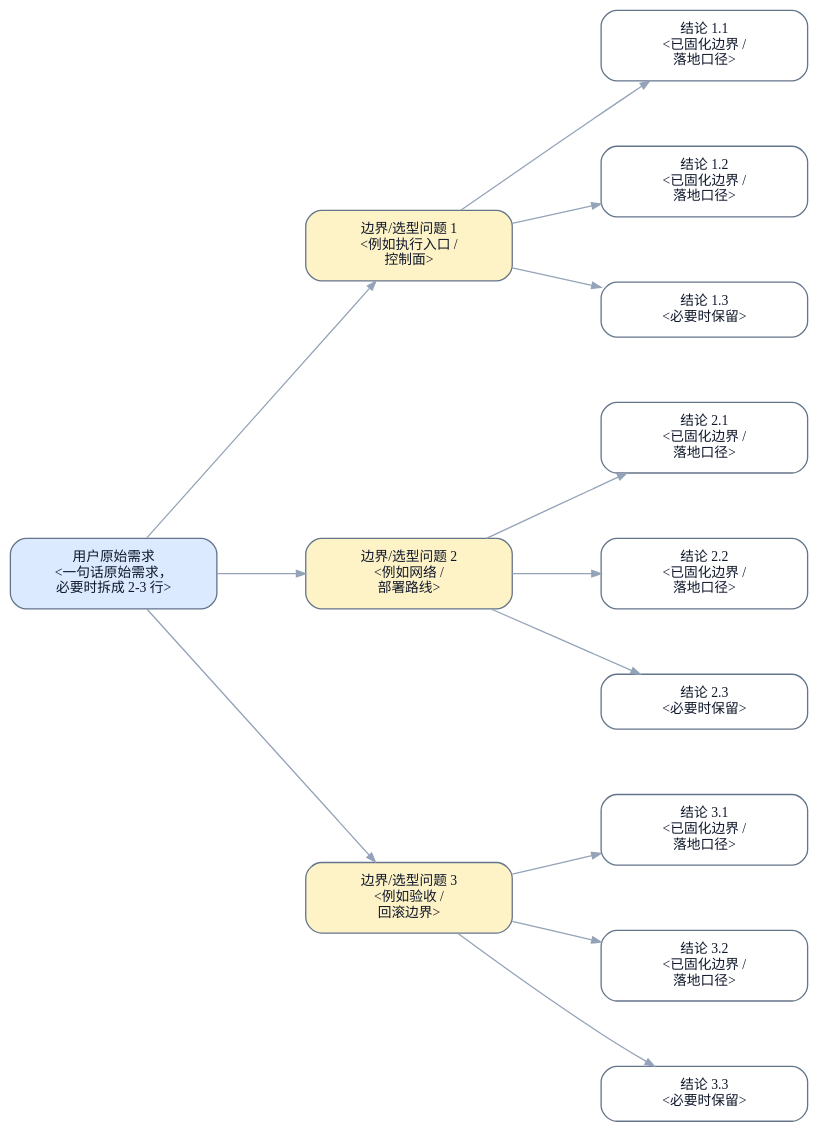
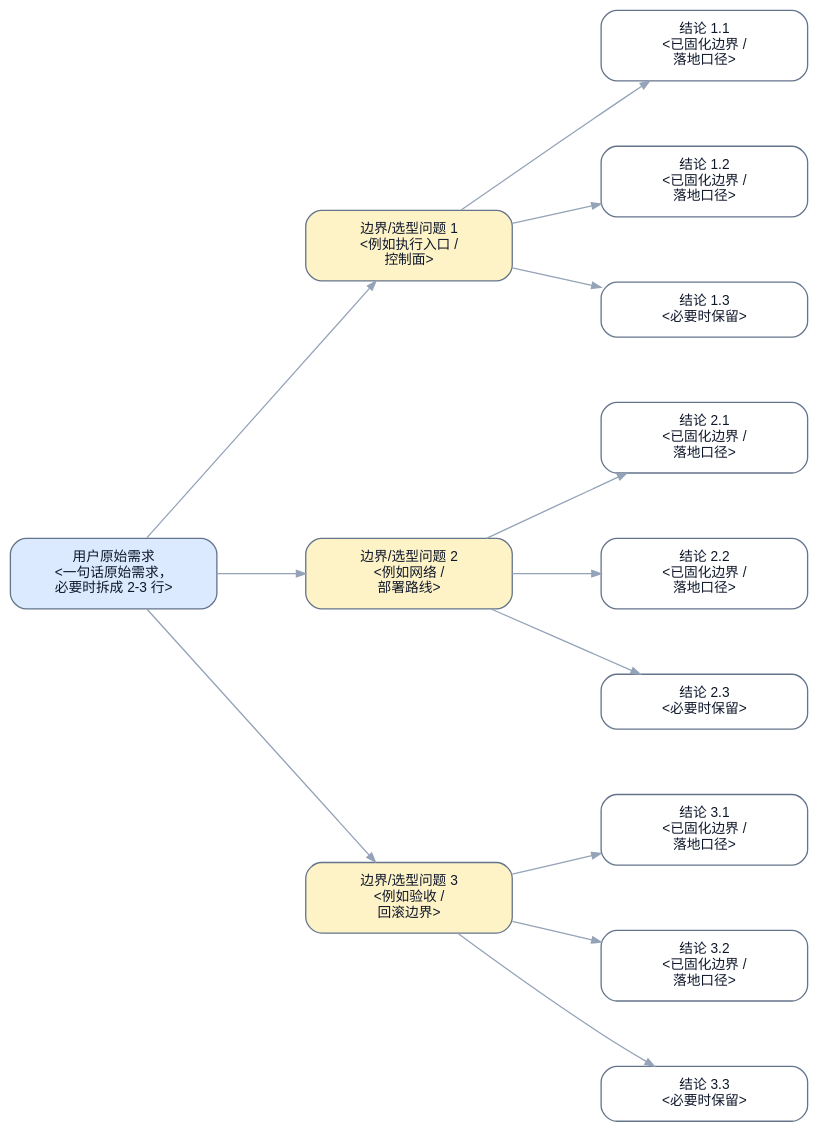
Before and after one commit to terencefan/inority-workspace: the third of 3 diagrams in skills/runbook/references/assets/authority-runbook-template.md, drawn with Graphviz. The commit also changed other lines of this file and 15 other files, not shown here.

````diff
--- a/skills/runbook/references/assets/authority-runbook-template.md
+++ b/skills/runbook/references/assets/authority-runbook-template.md
@@ -87,38 +87,38 @@
 ```dot
 digraph runbook_mindmap {
-  graph [rankdir=LR, bgcolor="transparent", pad="0.45", nodesep="0.7", ranksep="0.95"];
-  node [shape=box, style="rounded,filled", margin="0.18,0.12", width="2.2", fontsize=10.5, color="#64748b", fontcolor="#0f172a", fillcolor="#f8fafc"];
-  edge [color="#94a3b8", fontcolor="#94a3b8", arrowsize="0.7"];
+  graph [rankdir=LR, bgcolor="transparent", pad="0.45", nodesep="0.7", ranksep="0.95", fontname="sans-serif"];
+  node [shape=box, style="rounded,filled", margin="0.18,0.12", width="2.2", fontsize=10.5, color="#64748b", fontcolor="#0f172a", fillcolor="#f8fafc", fontname="sans-serif"];
+  edge [color="#94a3b8", fontcolor="#94a3b8", arrowsize="0.7", fontname="sans-serif"];
 
   root [label="用户原始需求\n<一句话原始需求，\n必要时拆成 2-3 行>", fillcolor="#dbeafe"];
 
   q1 [label="边界/选型问题 1\n<例如执行入口 /\n控制面>", fillcolor="#fef3c7"];
   q1a [label="结论 1.1\n<已固化边界 /\n落地口径>", fillcolor="#ffffff"];
   q1b [label="结论 1.2\n<已固化边界 /\n落地口径>", fillcolor="#ffffff"];
   q1c [label="结论 1.3\n<必要时保留>", fillcolor="#ffffff"];
 
   q2 [label="边界/选型问题 2\n<例如网络 /\n部署路线>", fillcolor="#fef3c7"];
   q2a [label="结论 2.1\n<已固化边界 /\n落地口径>", fillcolor="#ffffff"];
   q2b [label="结论 2.2\n<已固化边界 /\n落地口径>", fillcolor="#ffffff"];
   q2c [label="结论 2.3\n<必要时保留>", fillcolor="#ffffff"];
 
   q3 [label="边界/选型问题 3\n<例如验收 /\n回滚边界>", fillcolor="#fef3c7"];
   q3a [label="结论 3.1\n<已固化边界 /\n落地口径>", fillcolor="#ffffff"];
   q3b [label="结论 3.2\n<已固化边界 /\n落地口径>", fillcolor="#ffffff"];
   q3c [label="结论 3.3\n<必要时保留>", fillcolor="#ffffff"];
 
   root -> q1;
   root -> q2;
   root -> q3;
 
   q1 -> q1a;
   q1 -> q1b;
   q1 -> q1c;
   q2 -> q2a;
   q2 -> q2b;
   q2 -> q2c;
   q3 -> q3a;
   q3 -> q3b;
   q3 -> q3c;
 }
 ```
````
